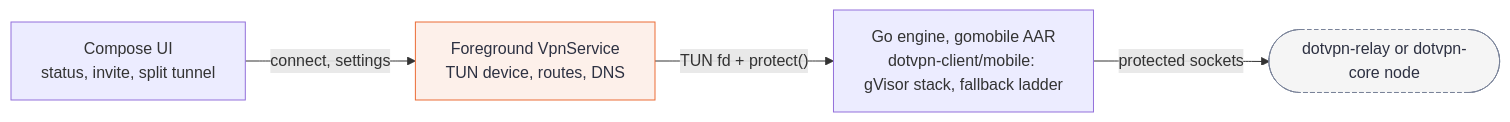
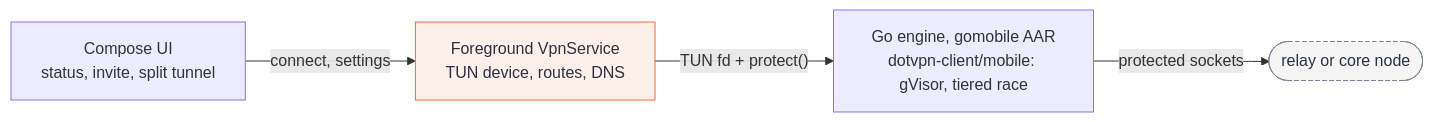
Before and after one commit to payam-foundation/dotvpn-android: the first of 2 diagrams in README.md, drawn with Mermaid. The commit also changed other lines of this file and 2 other files, not shown here.

First line of the commit message:
ci: Play internal track and unsigned fallback; docs (#29)

````diff
--- a/README.md
+++ b/README.md
@@ -32,16 +32,16 @@
 ```mermaid
 flowchart LR
     ui["Compose UI<br/>status, invite, split tunnel"]
     svc["Foreground VpnService<br/>TUN device, routes, DNS"]
-    engine["Go engine, gomobile AAR<br/>dotvpn-client/mobile: gVisor stack, fallback ladder"]
-    server(["dotvpn-relay or dotvpn-core node"])
+    engine["Go engine, gomobile AAR<br/>dotvpn-client/mobile: gVisor, tiered race"]
+    server(["relay or core node"])
 
     ui -->|"connect, settings"| svc
     svc -->|"TUN fd + protect()"| engine
     engine -->|"protected sockets"| server
 
     classDef focal fill:#fdf0ea,stroke:#eb6c36,color:#2d3142
     classDef ext fill:#f5f5f5,stroke:#7a8399,stroke-dasharray:4 3,color:#2d3142
     class svc focal
     class server ext
 ```
````
